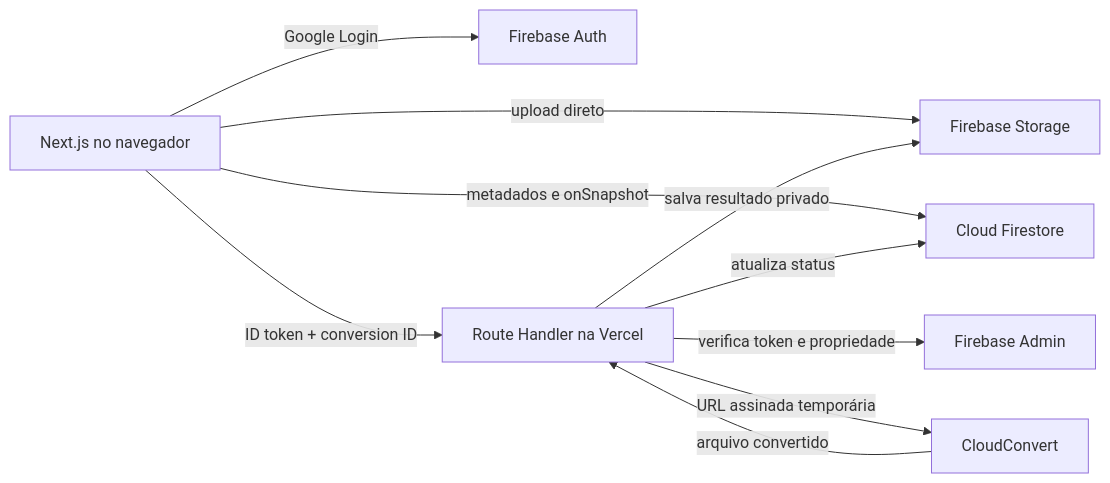
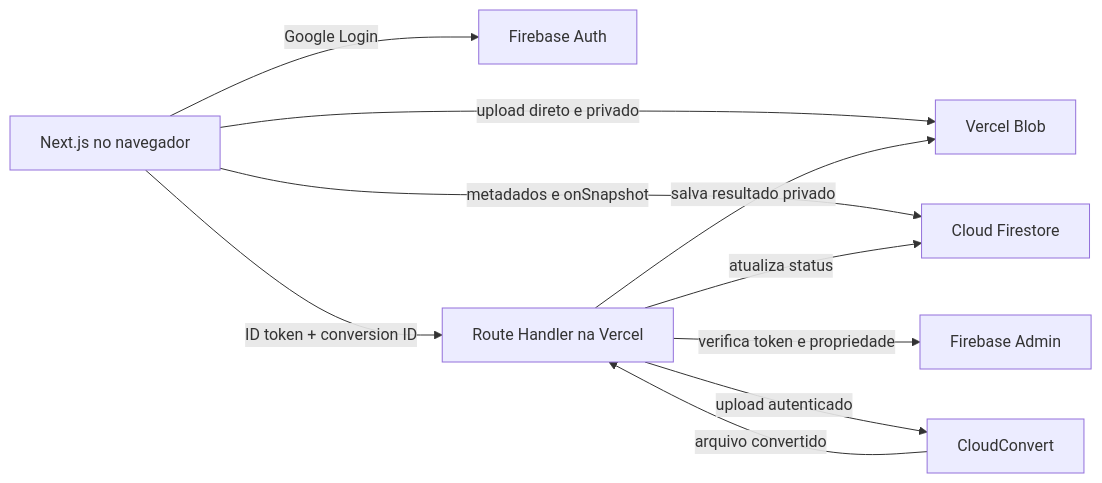
One commit to siconeli1/Converta changed the diagram in README.md. Above: the diagram before and after it, drawn with Mermaid. The commit also changed other lines of this file and 16 other files, not shown here.

Commit message:
Migrate file storage to private Vercel Blob

````diff
--- a/README.md
+++ b/README.md
@@ -7,12 +7,12 @@
 ```mermaid
 flowchart LR
   U[Next.js no navegador] -->|Google Login| A[Firebase Auth]
-  U -->|upload direto| S[Firebase Storage]
+  U -->|upload direto e privado| S[Vercel Blob]
   U -->|metadados e onSnapshot| F[Cloud Firestore]
   U -->|ID token + conversion ID| V[Route Handler na Vercel]
   V -->|verifica token e propriedade| Admin[Firebase Admin]
-  V -->|URL assinada temporária| C[CloudConvert]
+  V -->|upload autenticado| C[CloudConvert]
   C -->|arquivo convertido| V
   V -->|salva resultado privado| S
   V -->|atualiza status| F
 ```
````
